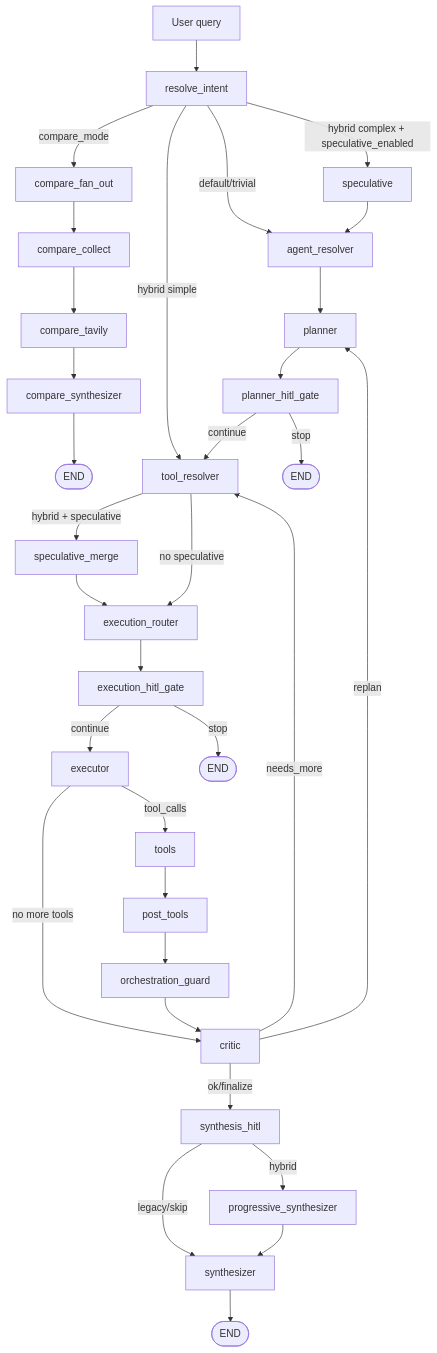
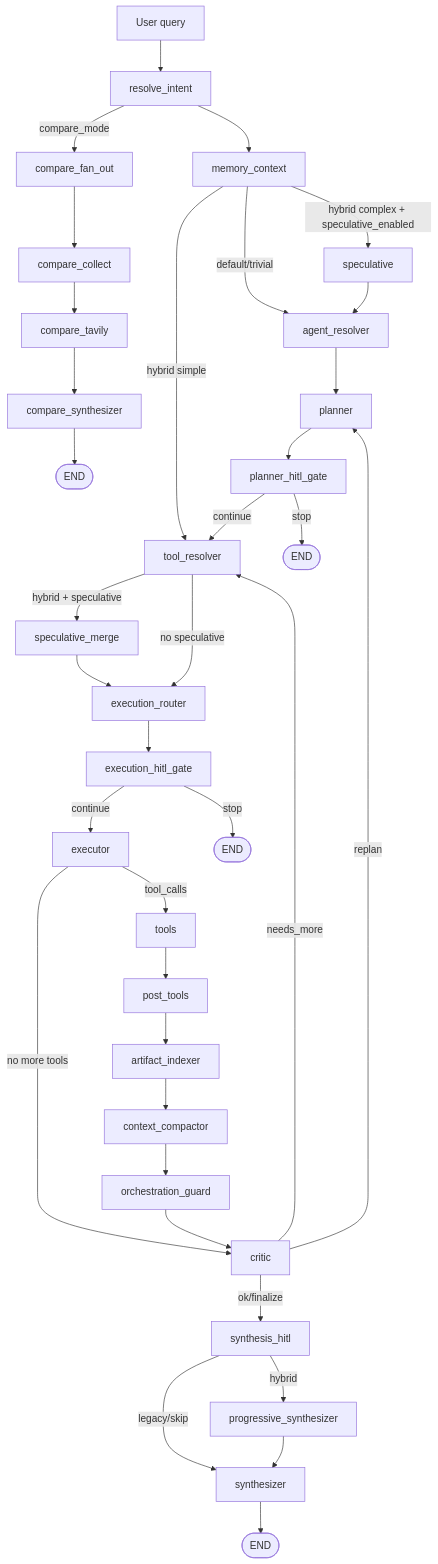
Before and after one commit to robinandreeklund-collab/oneseekv1: the first of 2 diagrams in README.md, drawn with Mermaid. The commit also changed other lines of this file, not shown here.

Commit message:
Update README with full A-F context management flow

````diff
--- a/README.md
+++ b/README.md
@@ -77,43 +77,47 @@
 ```mermaid
 flowchart TD
     U[User query] --> RI[resolve_intent]
 
     RI -->|compare_mode| CF[compare_fan_out]
-    CF --> CC[compare_collect]
-    CC --> CT[compare_tavily]
+    CF --> CLC[compare_collect]
+    CLC --> CT[compare_tavily]
     CT --> CS[compare_synthesizer]
     CS --> END1([END])
 
-    RI -->|hybrid complex + speculative_enabled| SP[speculative]
-    RI -->|hybrid simple| TR[tool_resolver]
-    RI -->|default/trivial| AR[agent_resolver]
+    RI --> MC[memory_context]
+
+    MC -->|hybrid complex + speculative_enabled| SP[speculative]
+    MC -->|hybrid simple| TR[tool_resolver]
+    MC -->|default/trivial| AR[agent_resolver]
 
     SP --> AR
     AR --> PL[planner]
     PL --> PH[planner_hitl_gate]
     PH -->|continue| TR
     PH -->|stop| END2([END])
 
     TR -->|hybrid + speculative| SM[speculative_merge]
     SM --> ER[execution_router]
     TR -->|no speculative| ER
 
     ER --> EH[execution_hitl_gate]
     EH -->|continue| EX[executor]
     EH -->|stop| END3([END])
 
     EX -->|tool_calls| TOOLS[tools]
     EX -->|no more tools| CR[critic]
     TOOLS --> PT[post_tools]
-    PT --> OG[orchestration_guard]
+    PT --> AI[artifact_indexer]
+    AI --> CMP[context_compactor]
+    CMP --> OG[orchestration_guard]
     OG --> CR
 
     CR -->|ok/finalize| SH[synthesis_hitl]
     CR -->|needs_more| TR
     CR -->|replan| PL
 
     SH -->|hybrid| PS[progressive_synthesizer]
     SH -->|legacy/skip| SY[synthesizer]
     PS --> SY
     SY --> END4([END])
 ```
````
